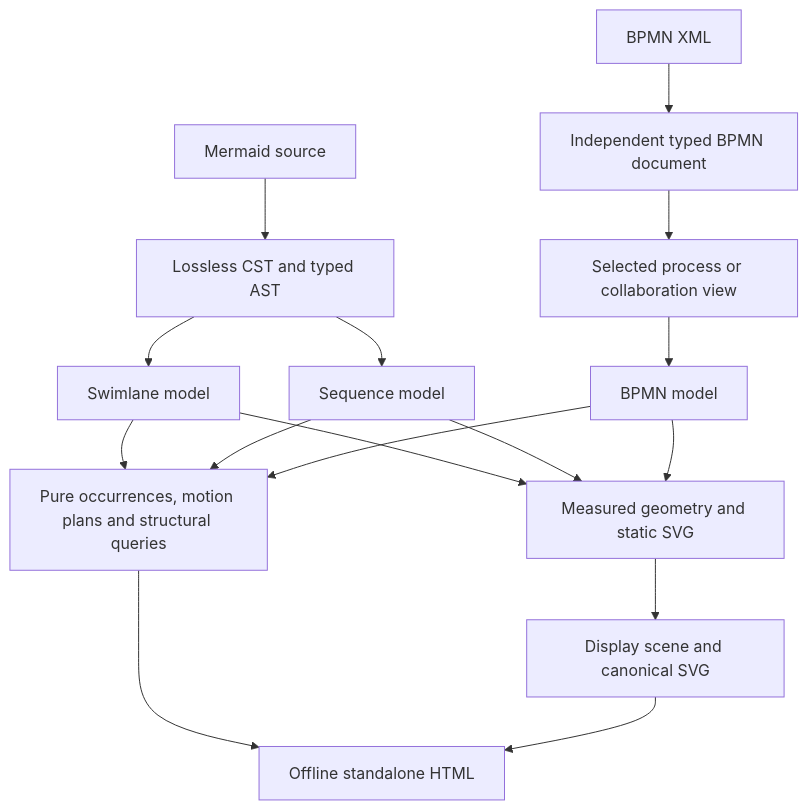
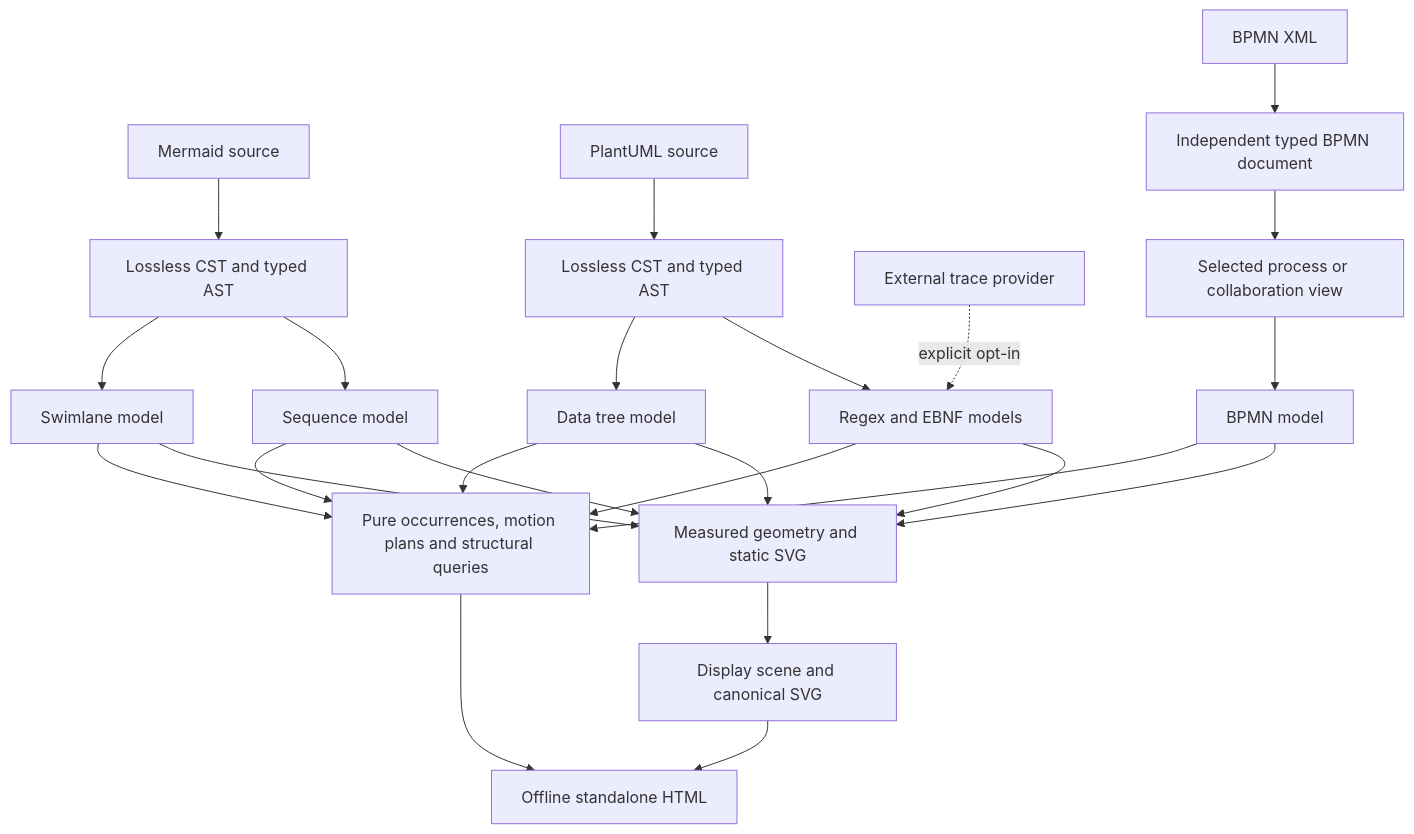
One commit to moonrockz/diagrams.mbt changed the diagram in docs/design/overview.md. Above: the diagram before and after it, drawn with Mermaid. The commit also changed other lines of this file and 486 other files, not shown here.

First line of the commit message:
feat(plantuml)!: add native regex, EBNF, JSON and YAML diagrams (#30)

````diff
--- a/docs/design/overview.md
+++ b/docs/design/overview.md
@@ -14,18 +15,26 @@
 ```mermaid
 graph TD
   A[Mermaid source] --> B[Lossless CST and typed AST]
   B --> C[Sequence model]
   B --> S[Swimlane model]
+  P[PlantUML source] --> Q[Lossless CST and typed AST]
+  Q --> R[Regex and EBNF models]
+  Q --> T[Data tree model]
+  R --> H
+  R --> I
+  T --> H
+  T --> I
+  X[External trace provider] -. explicit opt-in .-> R
   S --> H
   S --> I
   D[BPMN XML] --> E[Independent typed BPMN document]
   E --> F[Selected process or collaboration view]
   F --> G[BPMN model]
   C --> H[Measured geometry and static SVG]
   G --> H
   C --> I[Pure occurrences, motion plans and structural queries]
   G --> I
   H --> J[Display scene and canonical SVG]
   I --> K[Offline standalone HTML]
   J --> K
 ```
````
